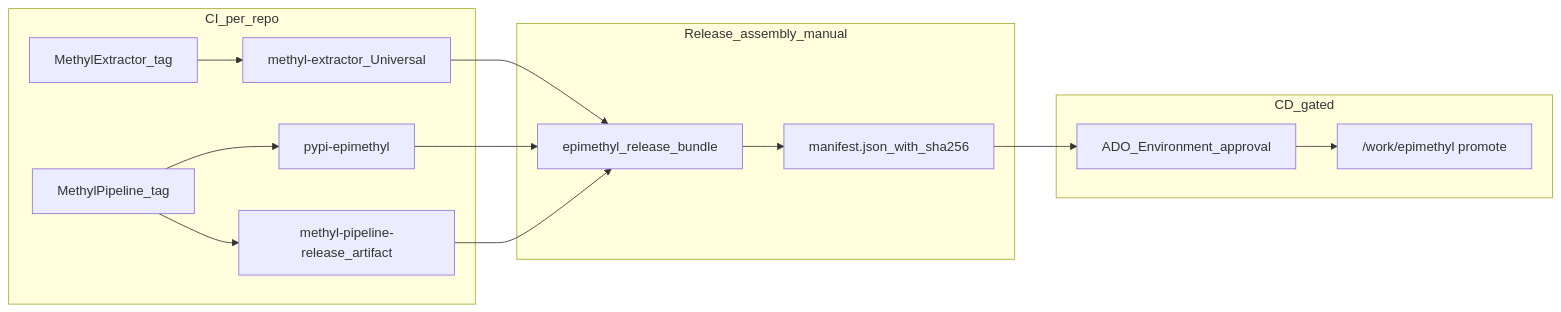
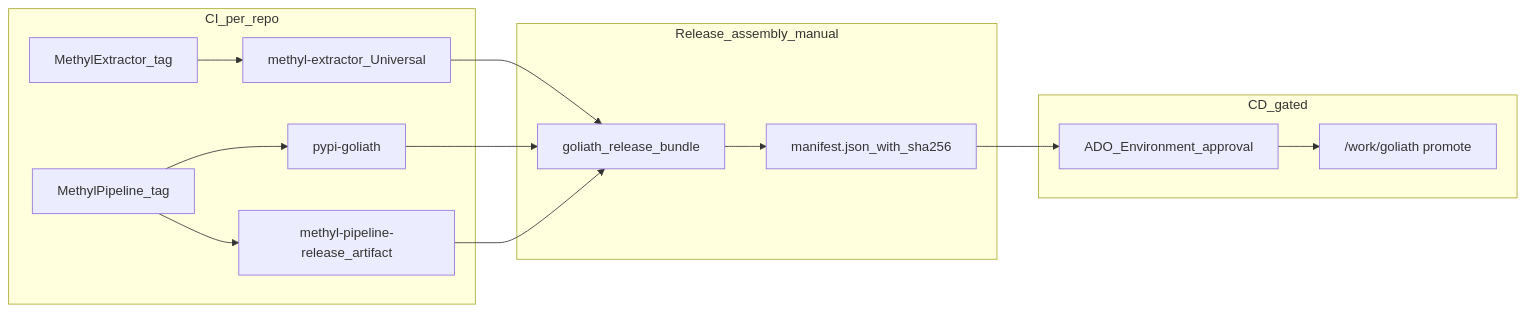
The diagram in docs/plans/devops-ci-cd-release.plan.md (Goliath-Research/GoliathWorkflow), drawn with Mermaid before and after one commit. The commit also changed other lines of this file and 272 other files, not shown here.

````diff
--- a/docs/plans/devops-ci-cd-release.plan.md
+++ b/docs/plans/devops-ci-cd-release.plan.md
@@ -52,18 +52,18 @@
 ```mermaid
 flowchart LR
   subgraph ci [CI_per_repo]
     ME[MethylExtractor_tag] --> MEFeed[methyl-extractor_Universal]
-    MP[MethylPipeline_tag] --> PyFeed[pypi-epimethyl]
+    MP[MethylPipeline_tag] --> PyFeed[pypi-goliath]
     MP --> PArt[methyl-pipeline-release_artifact]
   end
   subgraph assemble [Release_assembly_manual]
-    MEFeed --> Bundle[epimethyl_release_bundle]
+    MEFeed --> Bundle[goliath_release_bundle]
     PyFeed --> Bundle
     PArt --> Bundle
     Bundle --> Manifest[manifest.json_with_sha256]
   end
   subgraph cd [CD_gated]
     Manifest --> Approve[ADO_Environment_approval]
-    Approve --> Work["/work/epimethyl promote"]
+    Approve --> Work["/work/goliath promote"]
   end
 ```
````
